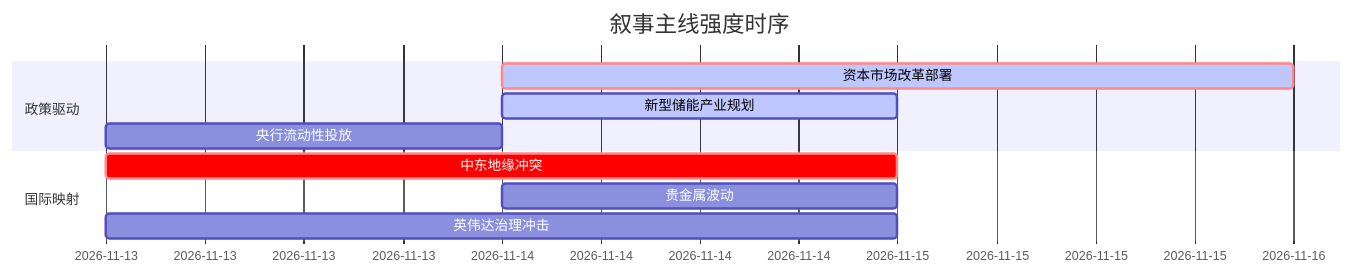
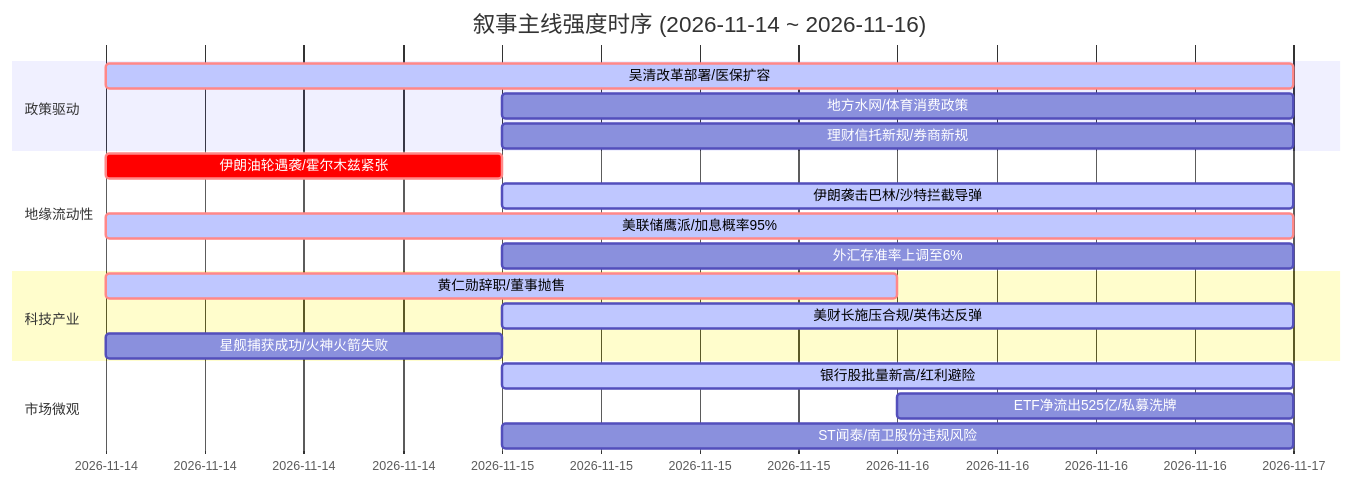
One commit to uu5zn/uu5zn.github.io changed the diagram in 5day_report.md. Above: the diagram before and after it, drawn with Mermaid. The commit also changed other lines of this file and 24 other files, not shown here.

````diff
--- a/5day_report.md
+++ b/5day_report.md
@@ -54,14 +56,25 @@
 ```mermaid
 gantt
-    title 叙事主线强度时序
+    title 叙事主线强度时序 (2026-11-14 ~ 2026-11-16)
     dateFormat  YYYY-MM-DD
     section 政策驱动
-    资本市场改革部署   :crit, active, 2026-11-14, 2d
-    新型储能产业规划   :active, 2026-11-14, 1d
-    央行流动性投放     :2026-11-13, 1d
-
-    section 国际映射
-    中东地缘冲突      :crit, 2026-11-13, 2d
-    贵金属波动        :2026-11-14, 1d
-    英伟达治理冲击    :2026-11-13, 2d
+    吴清改革部署/医保扩容   :crit, active, 2026-11-14, 3d
+    地方水网/体育消费政策     :2026-11-15, 2d
+    理财信托新规/券商新规    :2026-11-15, 2d
+    
+    section 地缘流动性
+    伊朗油轮遇袭/霍尔木兹紧张 :crit, 2026-11-14, 1d
+    伊朗袭击巴林/沙特拦截导弹 :active, 2026-11-15, 2d
+    美联储鹰派/加息概率95%    :crit, active, 2026-11-14, 3d
+    外汇存准率上调至6%        :2026-11-15, 2d
+    
+    section 科技产业
+    黄仁勋辞职/董事抛售       :crit, active, 2026-11-14, 2d
+    美财长施压合规/英伟达反弹  :active, 2026-11-15, 2d
+    星舰捕获成功/火神火箭失败  :2026-11-14, 1d
+    
+    section 市场微观
+    银行股批量新高/红利避险   :active, 2026-11-15, 2d
+    ETF净流出525亿/私募洗牌    :2026-11-16, 1d
+    ST闻泰/南卫股份违规风险    :2026-11-15, 2d
 ```
````
